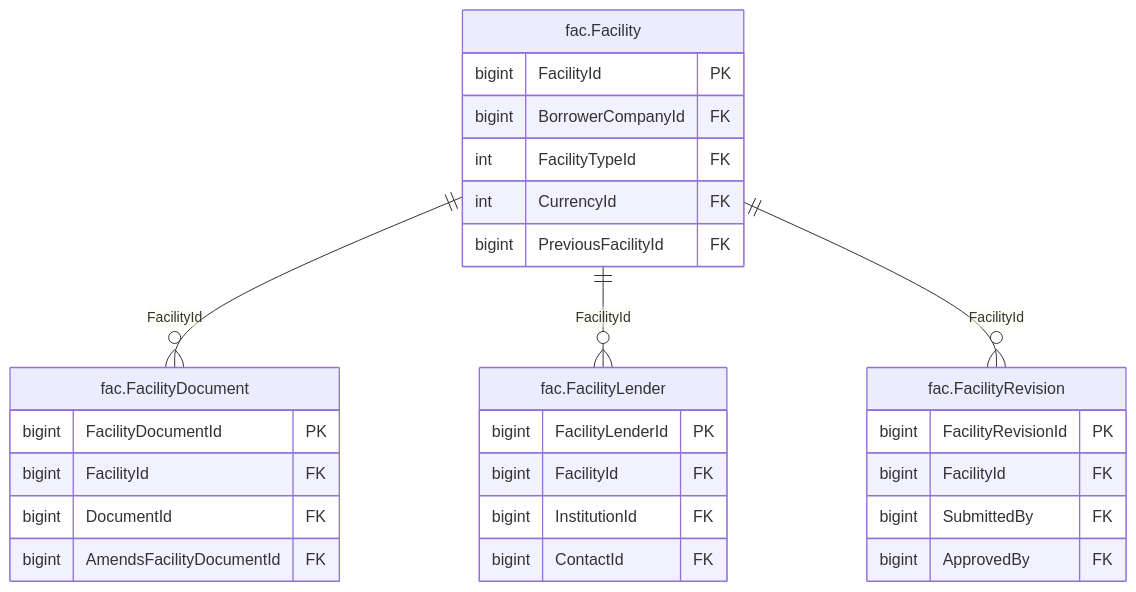
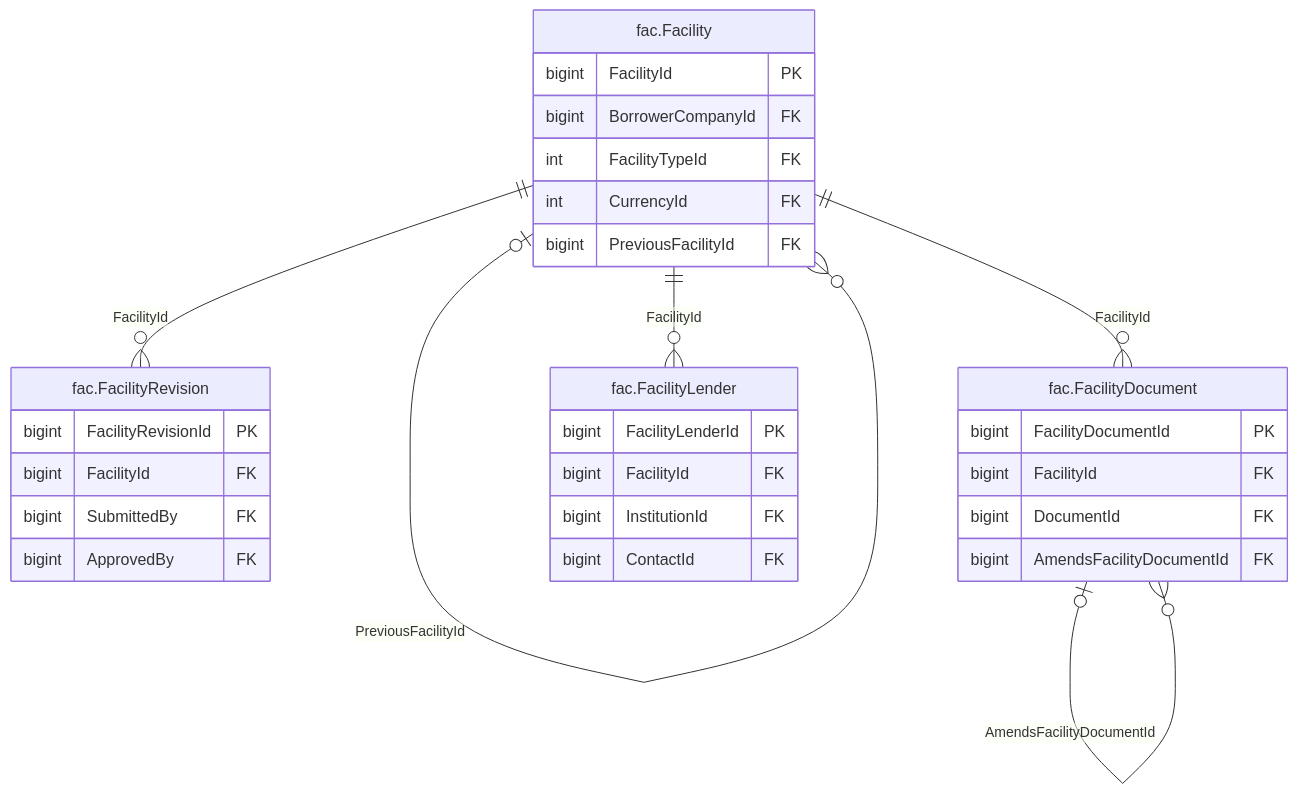
Before and after one commit to thawrasy/smartlines: the diagram in treasury-platform/docs/diagrams/erd/m5_facility_core_1.mmd, drawn with Mermaid. The commit also changed 139 other files, not shown here.

```diff
--- a/treasury-platform/docs/diagrams/erd/m5_facility_core_1.mmd
+++ b/treasury-platform/docs/diagrams/erd/m5_facility_core_1.mmd
@@ -1,30 +1,32 @@
 %% م5 · التسهيلات والمراجعات (1/2) — Facilities & revisions
 erDiagram
   fac_Facility["fac.Facility"] {
     bigint FacilityId PK
     bigint BorrowerCompanyId FK
     int FacilityTypeId FK
     int CurrencyId FK
     bigint PreviousFacilityId FK
   }
   fac_FacilityRevision["fac.FacilityRevision"] {
     bigint FacilityRevisionId PK
     bigint FacilityId FK
     bigint SubmittedBy FK
     bigint ApprovedBy FK
   }
   fac_FacilityDocument["fac.FacilityDocument"] {
     bigint FacilityDocumentId PK
     bigint FacilityId FK
     bigint DocumentId FK
     bigint AmendsFacilityDocumentId FK
   }
   fac_FacilityLender["fac.FacilityLender"] {
     bigint FacilityLenderId PK
     bigint FacilityId FK
     bigint InstitutionId FK
     bigint ContactId FK
   }
+  fac_Facility |o--o{ fac_Facility : "PreviousFacilityId"
   fac_Facility ||--o{ fac_FacilityDocument : "FacilityId"
   fac_Facility ||--o{ fac_FacilityLender : "FacilityId"
   fac_Facility ||--o{ fac_FacilityRevision : "FacilityId"
+  fac_FacilityDocument |o--o{ fac_FacilityDocument : "AmendsFacilityDocumentId"
```
